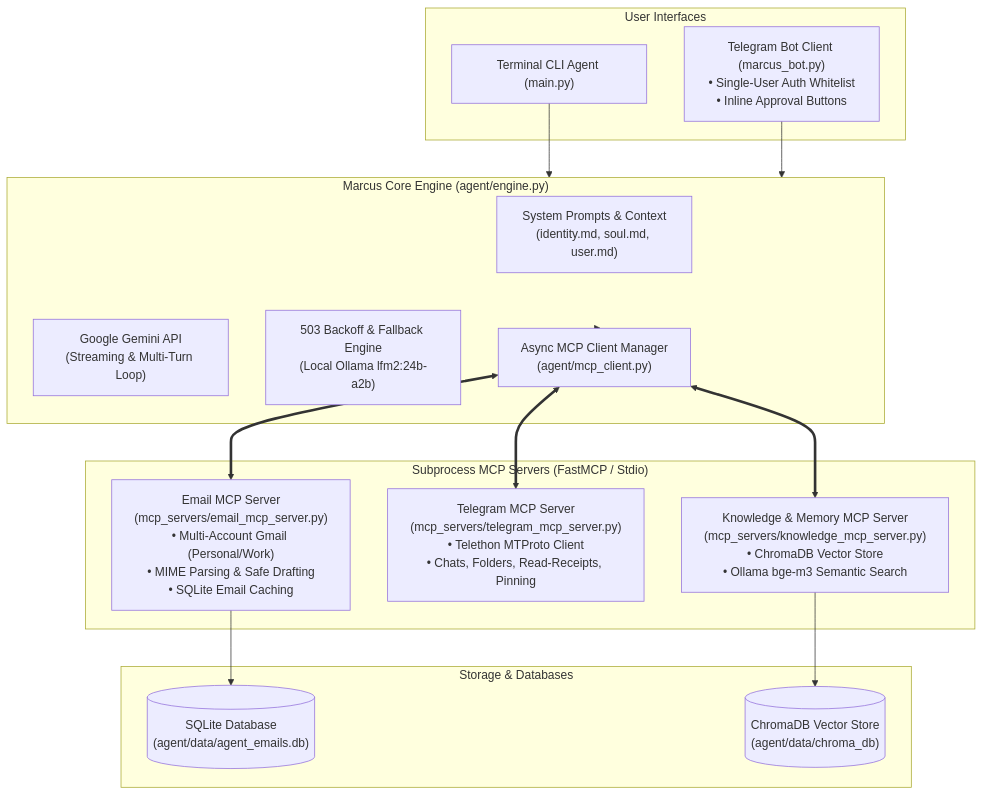
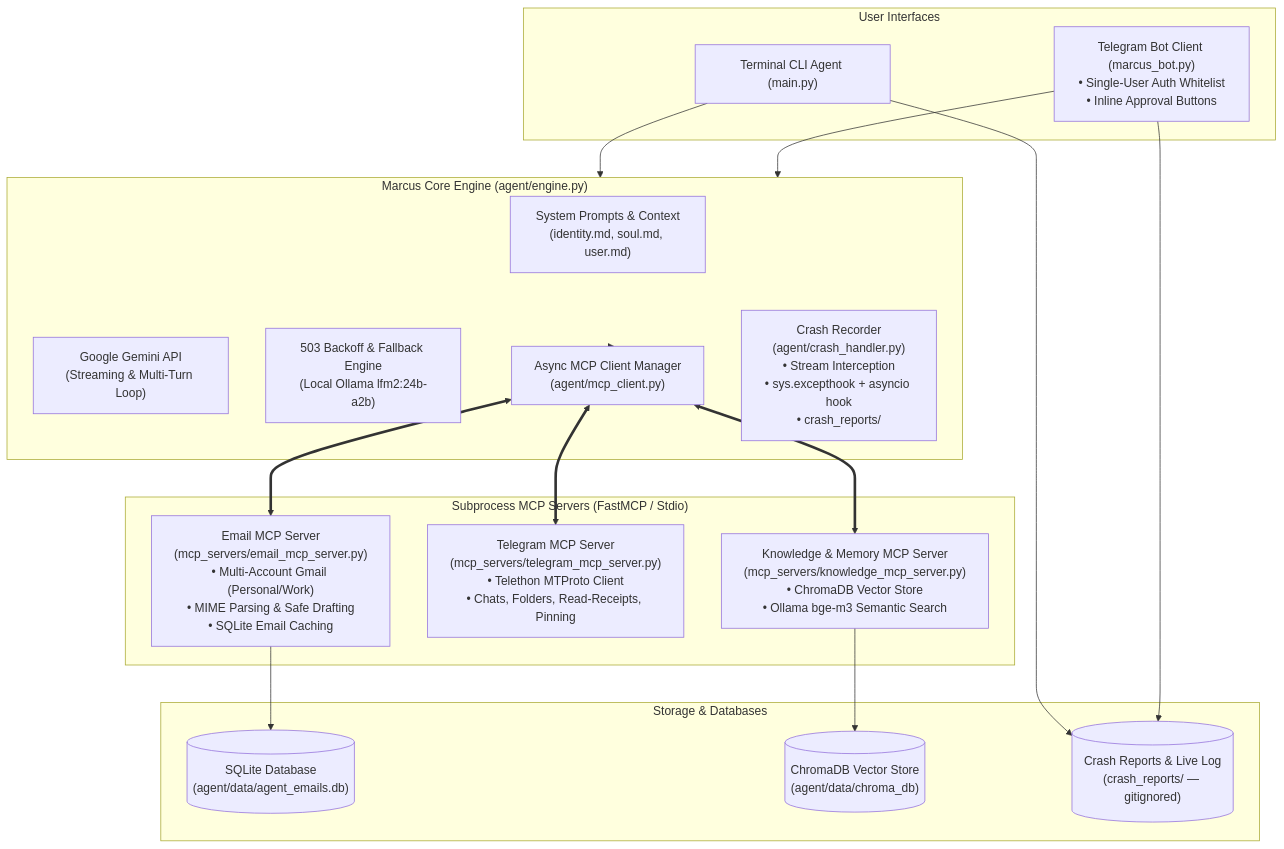
The diagram in README.md (TheTymur/MarcusAI), drawn with Mermaid before and after one commit. The commit also changed other lines of this file and 1 other file, not shown here.

Commit message:
feat: document crash handler in README and remove dummy crash tool

````diff
--- a/README.md
+++ b/README.md
@@ -16,34 +16,38 @@
 ```mermaid
 flowchart TD
     subgraph Clients["User Interfaces"]
         CLI["Terminal CLI Agent (main.py)"]
         TGBot["Telegram Bot Client (marcus_bot.py)<br/>• Single-User Auth Whitelist<br/>• Inline Approval Buttons"]
     end
 
     subgraph CoreEngine["Marcus Core Engine (agent/engine.py)"]
         PromptEngine["System Prompts & Context<br/>(identity.md, soul.md, user.md)"]
         LLM["Google Gemini API<br/>(Streaming & Multi-Turn Loop)"]
         Retry["503 Backoff & Fallback Engine<br/>(Local Ollama lfm2:24b-a2b)"]
         MCPManager["Async MCP Client Manager<br/>(agent/mcp_client.py)"]
+        CrashHandler["Crash Recorder<br/>(agent/crash_handler.py)<br/>• Stream Interception<br/>• sys.excepthook + asyncio hook<br/>• crash_reports/"]
     end
 
     subgraph MCPServers["Subprocess MCP Servers (FastMCP / Stdio)"]
         EmailServer["Email MCP Server<br/>(mcp_servers/email_mcp_server.py)<br/>• Multi-Account Gmail (Personal/Work)<br/>• MIME Parsing & Safe Drafting<br/>• SQLite Email Caching"]
         TelegramServer["Telegram MCP Server<br/>(mcp_servers/telegram_mcp_server.py)<br/>• Telethon MTProto Client<br/>• Chats, Folders, Read-Receipts, Pinning"]
         KnowledgeServer["Knowledge & Memory MCP Server<br/>(mcp_servers/knowledge_mcp_server.py)<br/>• ChromaDB Vector Store<br/>• Ollama bge-m3 Semantic Search"]
     end
 
     subgraph Persistence["Storage & Databases"]
         SQLiteDB[("SQLite Database<br/>(agent/data/agent_emails.db)")]
         ChromaStore[("ChromaDB Vector Store<br/>(agent/data/chroma_db)")]
+        CrashLogs[("Crash Reports & Live Log<br/>(crash_reports/ — gitignored)")]
     end
 
     CLI --> CoreEngine
     TGBot --> CoreEngine
     CoreEngine --> MCPManager
     MCPManager <==> EmailServer
     MCPManager <==> TelegramServer
     MCPManager <==> KnowledgeServer
     EmailServer --> SQLiteDB
     KnowledgeServer --> ChromaStore
+    CLI --> CrashLogs
+    TGBot --> CrashLogs
 ```
````
